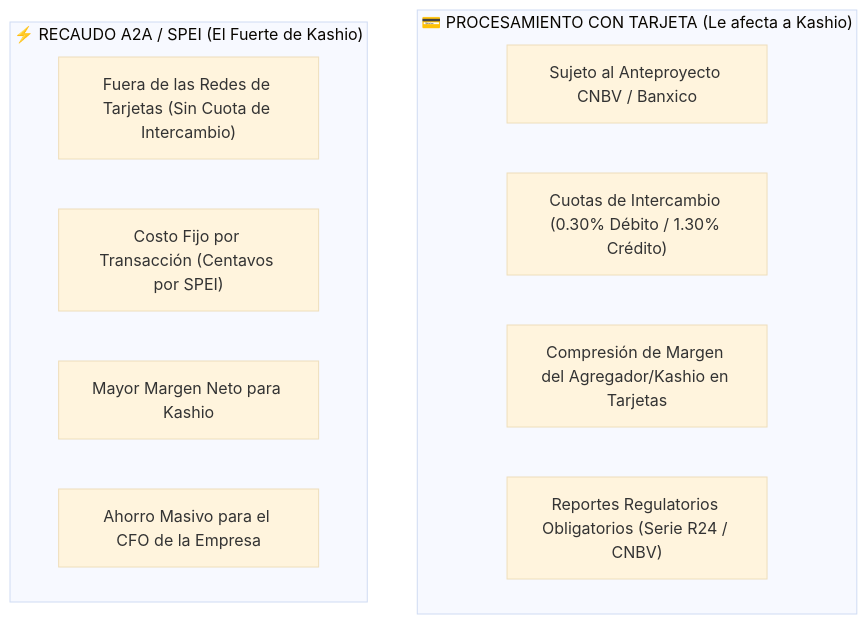
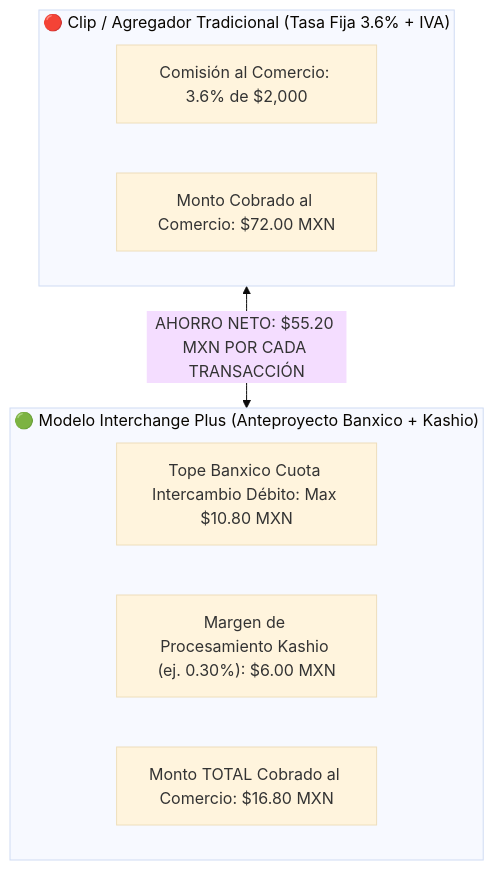
Before and after one commit to agutierrez11/mis-agentes-y-skills: the diagram in REGULACION_CNBV_BANXICO_IMPACTO_KASHIO.md, drawn with Mermaid (base theme). The commit also changed other lines of this file, not shown here.

Commit message:
docs: update CNBV Banxico analysis with Interchange Plus vs Clip flat rate math

````diff
--- a/REGULACION_CNBV_BANXICO_IMPACTO_KASHIO.md
+++ b/REGULACION_CNBV_BANXICO_IMPACTO_KASHIO.md
@@ -11,16 +27,15 @@
 ```mermaid
 graph TD
-    subgraph COBRO_TARJETA ["💳 PROCESAMIENTO CON TARJETA (Le afecta a Kashio)"]
-        T1["Sujeto al Anteproyecto CNBV / Banxico"]
-        T2["Cuotas de Intercambio (0.30% Débito / 1.30% Crédito)"]
-        T3["Compresión de Margen del Agregador/Kashio en Tarjetas"]
-        T4["Reportes Regulatorios Obligatorios (Serie R24 / CNBV)"]
+    subgraph CLIP ["🔴 Clip / Agregador Tradicional (Tasa Fija 3.6% + IVA)"]
+        C1["Comisión al Comercio: 3.6% de $2,000"]
+        C2["Monto Cobrado al Comercio: $72.00 MXN"]
     end
 
-    subgraph TRANSFERENCIA_A2A ["⚡ RECAUDO A2A / SPEI (El Fuerte de Kashio)"]
-        S1["Fuera de las Redes de Tarjetas (Sin Cuota de Intercambio)"]
-        S2["Costo Fijo por Transacción (Centavos por SPEI)"]
-        S3["Mayor Margen Neto para Kashio"]
-        S4["Ahorro Masivo para el CFO de la Empresa"]
+    subgraph IC_PLUS ["🟢 Modelo Interchange Plus (Anteproyecto Banxico + Kashio)"]
+        I1["Tope Banxico Cuota Intercambio Débito: Max $10.80 MXN"]
+        I2["Margen de Procesamiento Kashio (ej. 0.30%): $6.00 MXN"]
+        I3["Monto TOTAL Cobrado al Comercio: $16.80 MXN"]
     end
+
+    CLIP <-->|"AHORRO NETO: $55.20 MXN POR CADA TRANSACCIÓN"| IC_PLUS
 ```
````
